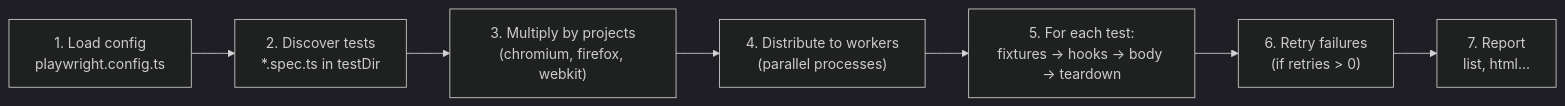
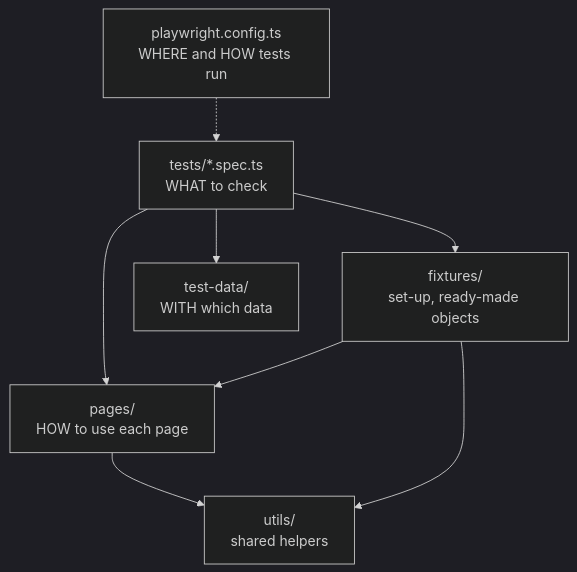
Before and after one commit to rmishr-1/Playwright_learning_studio: the diagram in Data/Source/course/markdown/day10.md, drawn with Mermaid (dark theme). The commit also changed other lines of this file and 184 other files, not shown here.

````diff
--- a/Data/Source/course/markdown/day10.md
+++ b/Data/Source/course/markdown/day10.md
@@ -114,9 +108,10 @@
 ```mermaid
-flowchart LR
-  A["1. Load config<br/>playwright.config.ts"] --> B["2. Discover tests<br/>*.spec.ts in testDir"]
-  B --> C["3. Multiply by projects<br/>(chromium, firefox, webkit)"]
-  C --> D["4. Distribute to workers<br/>(parallel processes)"]
-  D --> E["5. For each test:<br/>fixtures → hooks → body → teardown"]
-  E --> F["6. Retry failures<br/>(if retries > 0)"]
-  F --> G["7. Report<br/>list, html…"]
+flowchart TD
+  T["tests/*.spec.ts<br/>WHAT to check"] --> F["fixtures/<br/>set-up, ready-made objects"]
+  T --> P["pages/<br/>HOW to use each page"]
+  T --> D["test-data/<br/>WITH which data"]
+  F --> P
+  P --> U["utils/<br/>shared helpers"]
+  F --> U
+  C["playwright.config.ts<br/>WHERE and HOW tests run"] -.-> T
 ```
````
